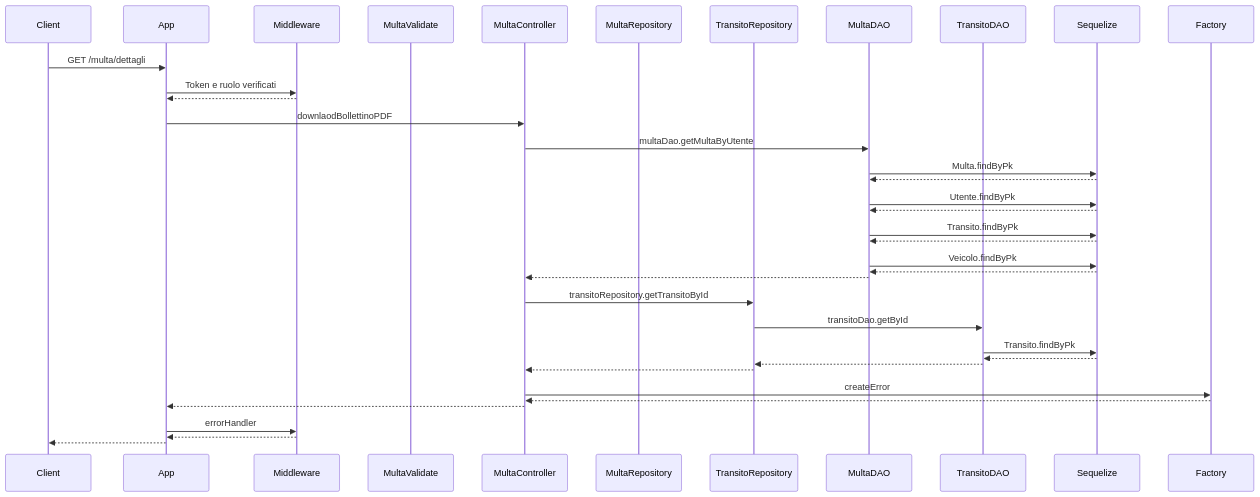
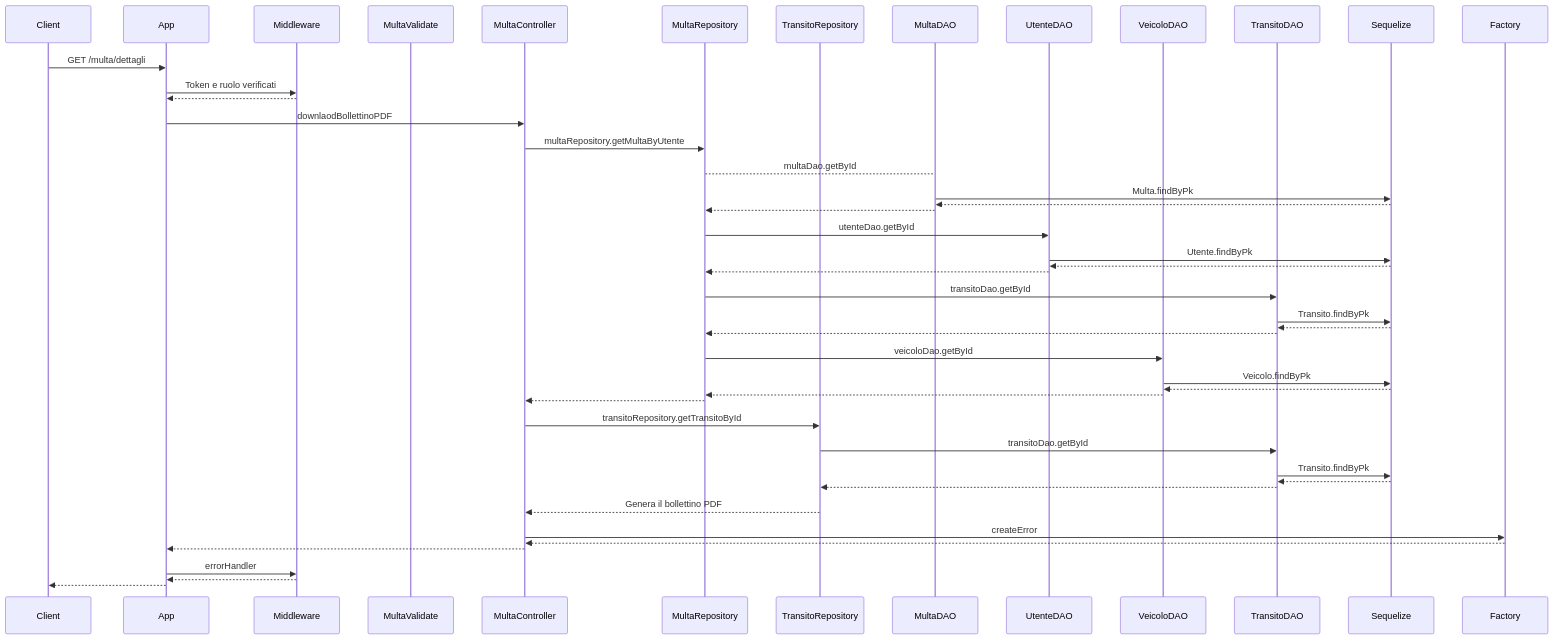
Before and after one commit to MattSona99/ProgettoPA: diagram 14 of 14 in README.md, drawn with Mermaid. The commit also changed other lines of this file, not shown here.

````diff
--- a/README.md
+++ b/README.md
@@ -703,41 +752,51 @@
 ```mermaid
 sequenceDiagram
   participant C as Client
   participant A as App
   participant M as Middleware
   participant MV as MultaValidate
   participant CN as MultaController
   participant R as MultaRepository
   participant TR as TransitoRepository
   participant MD as MultaDAO
+  participant UD as UtenteDAO
+  participant VD as VeicoloDAO
   participant TD as TransitoDAO
   participant S as Sequelize
   participant F as Factory
 
   C ->> A: GET /multa/dettagli
   A ->> M: Token e ruolo verificati
   M -->> A:
   A ->> CN: downlaodBollettinoPDF
-  CN ->> MD: multaDao.getMultaByUtente
+  CN ->> R: multaRepository.getMultaByUtente
+  R --> MD: multaDao.getById
   MD ->> S: Multa.findByPk
   S -->> MD:
-  MD ->> S: Utente.findByPk
-  S -->> MD:
-  MD ->> S: Transito.findByPk
-  S -->> MD:
-  MD ->> S: Veicolo.findByPk
-  S -->> MD:
-  MD -->> CN:
+  MD -->> R:
+  R ->> UD: utenteDao.getById
+  UD ->> S: Utente.findByPk
+  S -->> UD:
+  UD -->> R:
+  R ->> TD: transitoDao.getById
+  TD ->> S: Transito.findByPk
+  S -->> TD:
+  TD -->> R:
+  R ->> VD: veicoloDao.getById
+  VD ->> S: Veicolo.findByPk
+  S -->> VD:
+  VD -->> R:
+  R -->> CN:
   CN ->> TR: transitoRepository.getTransitoById
   TR ->> TD: transitoDao.getById
   TD ->> S: Transito.findByPk
   S -->> TD:
-  TD -->> TR:
-  TR -->> CN: 
+  TD -->> TR: 
+  TR -->> CN: Genera il bollettino PDF
   CN ->> F: createError
   F -->> CN: 
   CN -->> A: 
   A ->> M: errorHandler
   M -->> A: 
   A -->> C:
 ```
````
